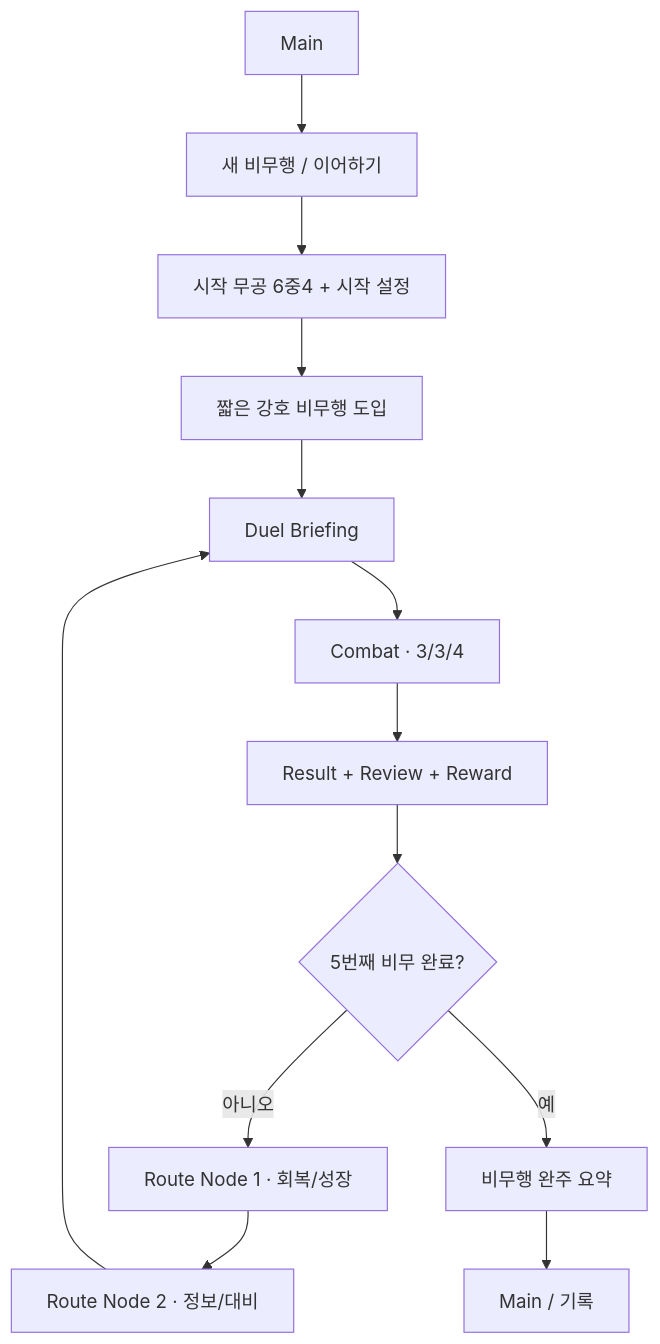
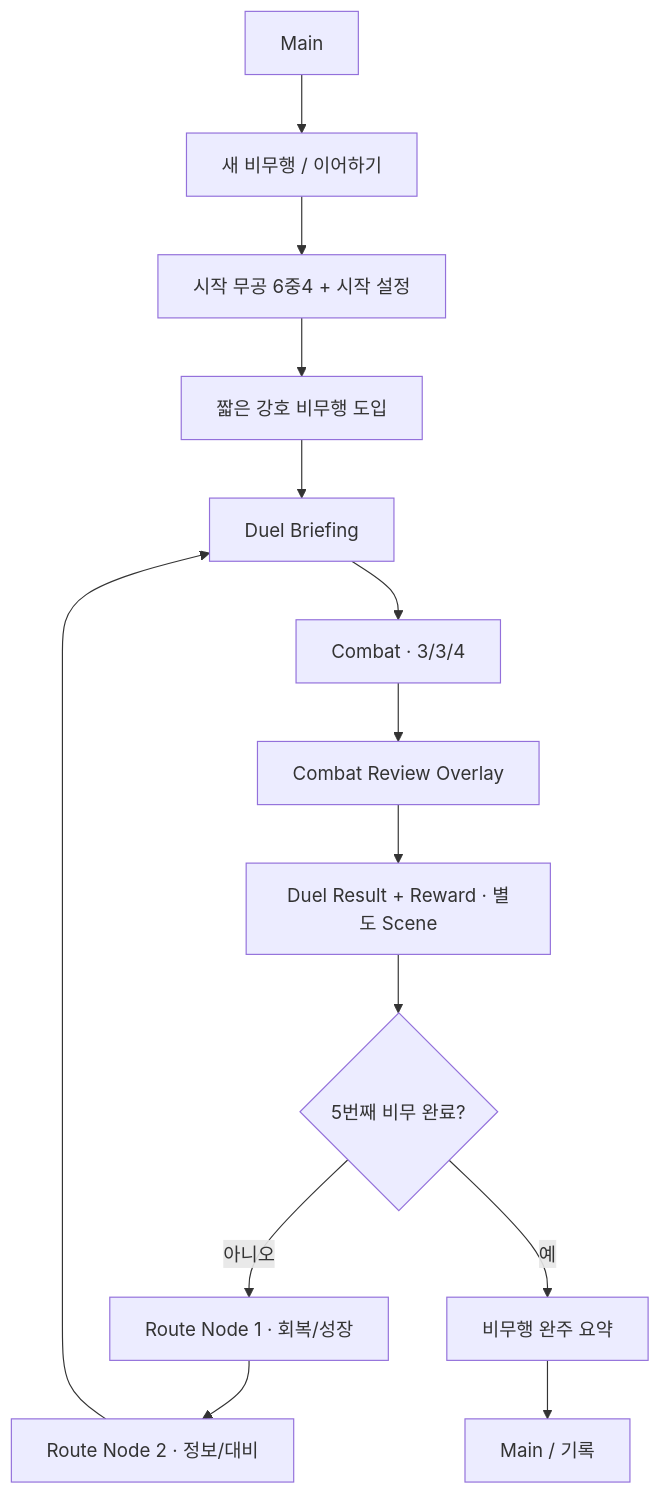
The diagram in docs/12_VERTICAL_SLICE_JIANGHU_JOURNEY.md (alsdmlals4-eng/Ten-Paces-Hidden-Moves), drawn with Mermaid before and after one commit. The commit also changed other lines of this file, not shown here.

Commit message:
docs: align vertical slice owner with existing scene architecture

````diff
--- a/docs/12_VERTICAL_SLICE_JIANGHU_JOURNEY.md
+++ b/docs/12_VERTICAL_SLICE_JIANGHU_JOURNEY.md
@@ -337,15 +337,16 @@
 ```mermaid
 flowchart TD
     A["Main"] --> B["새 비무행 / 이어하기"]
     B --> C["시작 무공 6중4 + 시작 설정"]
     C --> D["짧은 강호 비무행 도입"]
     D --> E["Duel Briefing"]
     E --> F["Combat · 3/3/4"]
-    F --> G["Result + Review + Reward"]
-    G --> H{"5번째 비무 완료?"}
-    H -- "아니오" --> I["Route Node 1 · 회복/성장"]
-    I --> J["Route Node 2 · 정보/대비"]
-    J --> E
-    H -- "예" --> K["비무행 완주 요약"]
-    K --> L["Main / 기록"]
+    F --> G["Combat Review Overlay"]
+    G --> H["Duel Result + Reward · 별도 Scene"]
+    H --> I{"5번째 비무 완료?"}
+    I -- "아니오" --> J["Route Node 1 · 회복/성장"]
+    J --> K["Route Node 2 · 정보/대비"]
+    K --> E
+    I -- "예" --> L["비무행 완주 요약"]
+    L --> M["Main / 기록"]
 ```
````
